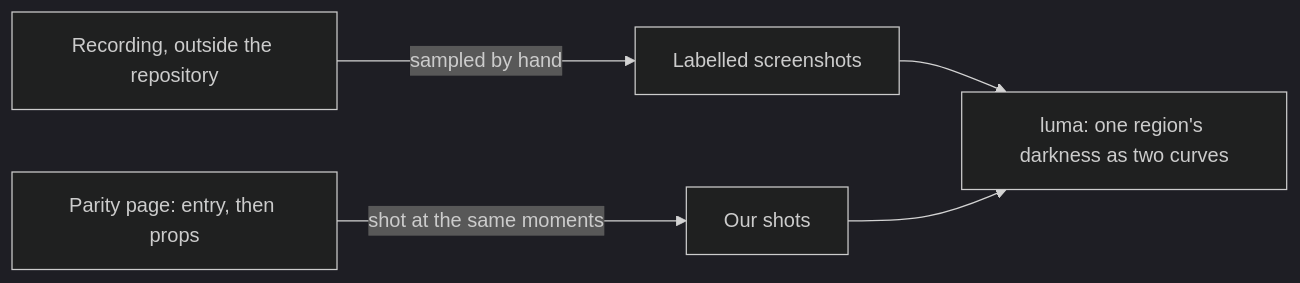
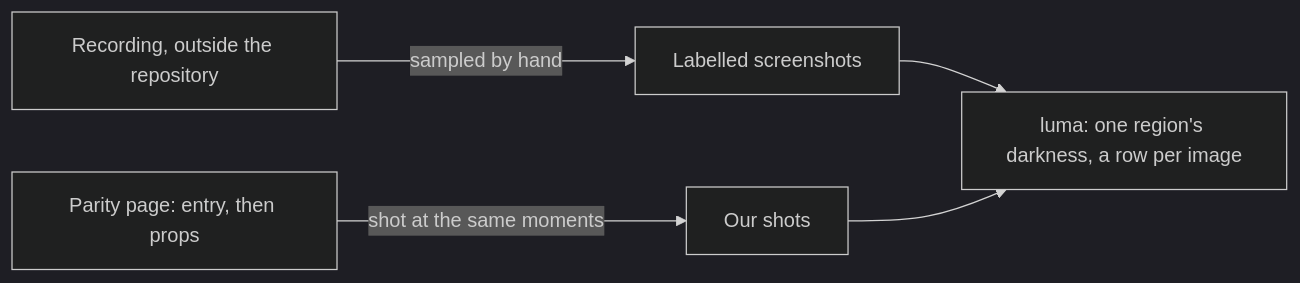
The diagram in openspec/specs/genshin/parity/motion/design.md (Esposter/Esposter), drawn with Mermaid (dark theme) before and after one commit. The commit also changed other lines of this file and 1 other file, not shown here.

First line of the commit message:
docs(genshin-parity): luma prints a row per image for the reader to plot

````diff
--- a/openspec/specs/genshin/parity/motion/design.md
+++ b/openspec/specs/genshin/parity/motion/design.md
@@ -7,7 +7,7 @@
 ```mermaid
 flowchart LR
   REC["Recording, outside the repository"] -->|"sampled by hand"| SHOTS["Labelled screenshots"]
   PAGE["Parity page: entry, then props"] -->|"shot at the same moments"| OURS["Our shots"]
-  SHOTS --> LUMA["luma: one region's darkness as two curves"]
+  SHOTS --> LUMA["luma: one region's darkness, a row per image"]
   OURS --> LUMA
 ```
````
